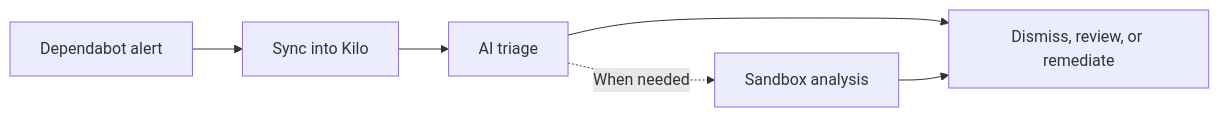
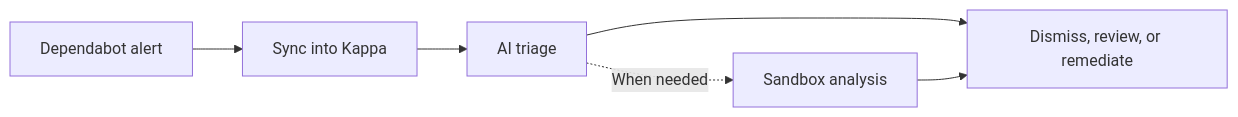
One commit to toxicwind/The-kappa-engine-open-source-AI-coding-agent-runtime changed the diagram in packages/kappa-docs/pages/deploy-secure/security-reviews.md. Above: the diagram before and after it, drawn with Mermaid. The commit also changed other lines of this file and 5295 other files, not shown here.

````diff
--- a/packages/kappa-docs/pages/deploy-secure/security-reviews.md
+++ b/packages/kappa-docs/pages/deploy-secure/security-reviews.md
@@ -44,8 +44,8 @@
 ```mermaid
 flowchart LR
-  alert["Dependabot alert"] --> sync["Sync into Kilo"]
+  alert["Dependabot alert"] --> sync["Sync into Kappa"]
   sync --> triage["AI triage"]
   triage --> action["Dismiss, review, or remediate"]
   triage -. "When needed" .-> analysis["Sandbox analysis"]
   analysis --> action
 ```
````
